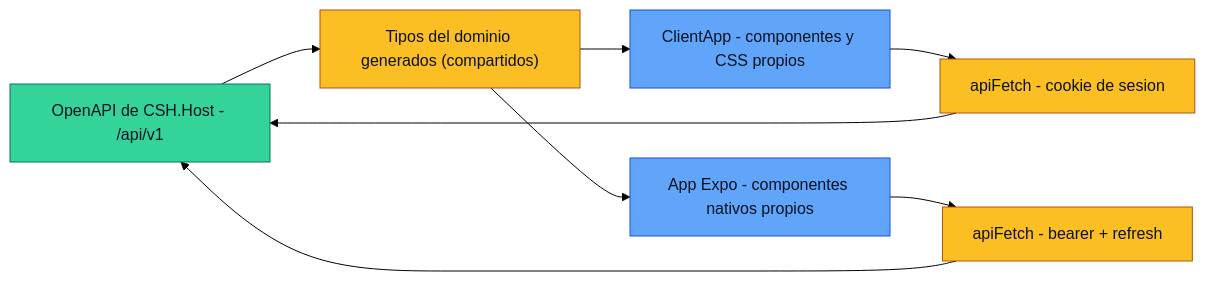
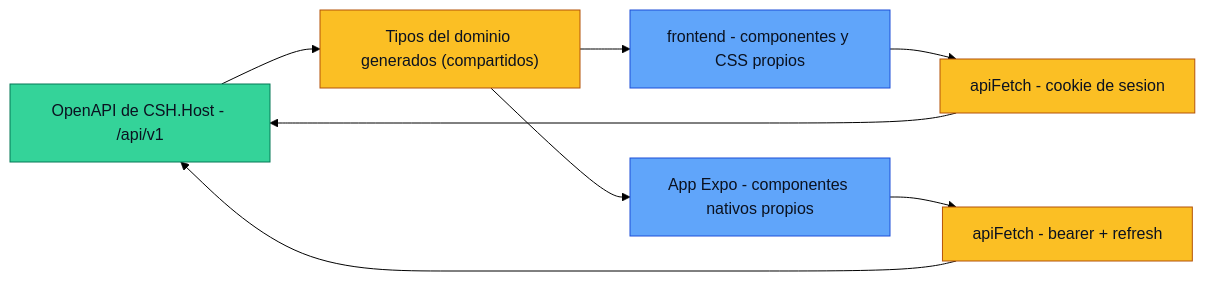
Before and after one commit to S3-Simple-Software-Solutions/CSH: the eighth of 14 diagrams in docs/diagramas.md, drawn with Mermaid (forest theme). The commit also changed other lines of this file and 39 other files, not shown here.

````diff
--- a/docs/diagramas.md
+++ b/docs/diagramas.md
@@ -236,21 +236,21 @@
 ```mermaid
 flowchart LR
     classDef api fill:#34d399,color:#0b1220,stroke:#047857
     classDef comun fill:#fbbf24,color:#0b1220,stroke:#b45309
     classDef cliente fill:#60a5fa,color:#0b1220,stroke:#1d4ed8
 
     OpenAPI["OpenAPI de CSH.Host - /api/v1"]:::api
     Tipos["Tipos del dominio generados (compartidos)"]:::comun
 
-    Web["ClientApp - componentes y CSS propios"]:::cliente
+    Web["frontend - componentes y CSS propios"]:::cliente
     Movil["App Expo - componentes nativos propios"]:::cliente
 
     FetchWeb["apiFetch - cookie de sesion"]:::comun
     FetchMovil["apiFetch - bearer + refresh"]:::comun
 
     OpenAPI --> Tipos
     Tipos --> Web
     Tipos --> Movil
     Web --> FetchWeb --> OpenAPI
     Movil --> FetchMovil --> OpenAPI
 ```
````
